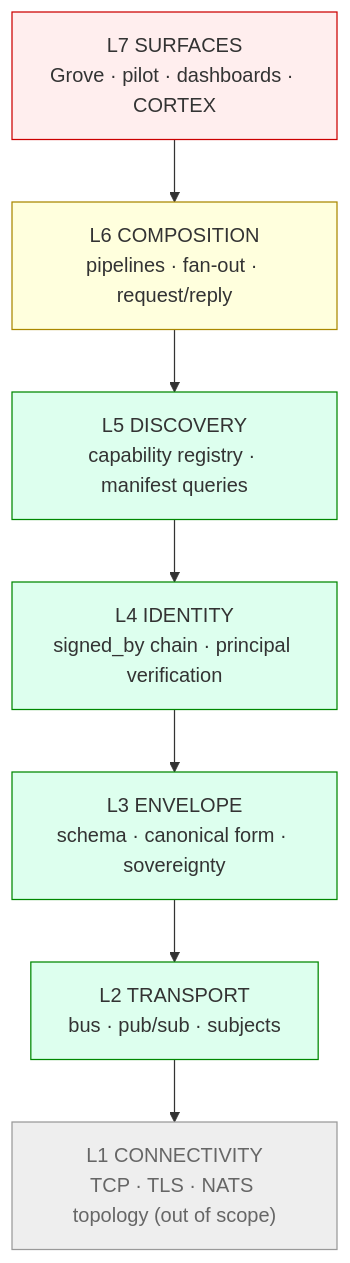
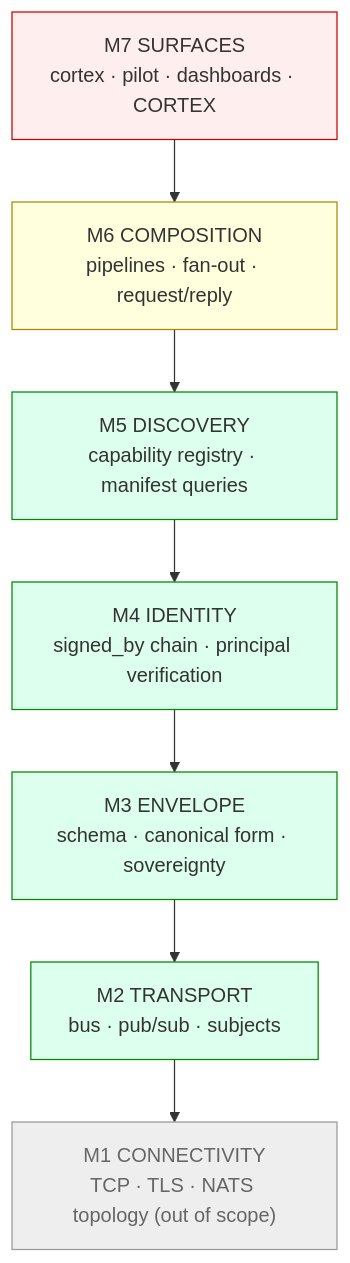
The diagram in docs/architecture.md (the-metafactory/myelin), drawn with Mermaid before and after one commit. The commit also changed other lines of this file, not shown here.

First line of the commit message:
docs: architecture.md — M-notation + Myelin layer model; cortex at :207 (#249) (#264)

````diff
--- a/docs/architecture.md
+++ b/docs/architecture.md
@@ -48,19 +48,19 @@
 ```mermaid
 flowchart TB
-  L7["L7 SURFACES<br/>Grove · pilot · dashboards · CORTEX"]
-  L6["L6 COMPOSITION<br/>pipelines · fan-out · request/reply"]
-  L5["L5 DISCOVERY<br/>capability registry · manifest queries"]
-  L4["L4 IDENTITY<br/>signed_by chain · principal verification"]
-  L3["L3 ENVELOPE<br/>schema · canonical form · sovereignty"]
-  L2["L2 TRANSPORT<br/>bus · pub/sub · subjects"]
-  L1["L1 CONNECTIVITY<br/>TCP · TLS · NATS topology (out of scope)"]
-  L7 --> L6 --> L5 --> L4 --> L3 --> L2 --> L1
+  M7["M7 SURFACES<br/>cortex · pilot · dashboards · CORTEX"]
+  M6["M6 COMPOSITION<br/>pipelines · fan-out · request/reply"]
+  M5["M5 DISCOVERY<br/>capability registry · manifest queries"]
+  M4["M4 IDENTITY<br/>signed_by chain · principal verification"]
+  M3["M3 ENVELOPE<br/>schema · canonical form · sovereignty"]
+  M2["M2 TRANSPORT<br/>bus · pub/sub · subjects"]
+  M1["M1 CONNECTIVITY<br/>TCP · TLS · NATS topology (out of scope)"]
+  M7 --> M6 --> M5 --> M4 --> M3 --> M2 --> M1
   classDef oos fill:#eee,stroke:#999,color:#666;
   classDef impl fill:#dfe,stroke:#080;
   classDef partial fill:#ffd,stroke:#a80;
   classDef pend fill:#fee,stroke:#c00;
-  class L1 oos;
-  class L2,L3,L4,L5 impl;
-  class L6 partial;
-  class L7 pend;
+  class M1 oos;
+  class M2,M3,M4,M5 impl;
+  class M6 partial;
+  class M7 pend;
 ```
````
